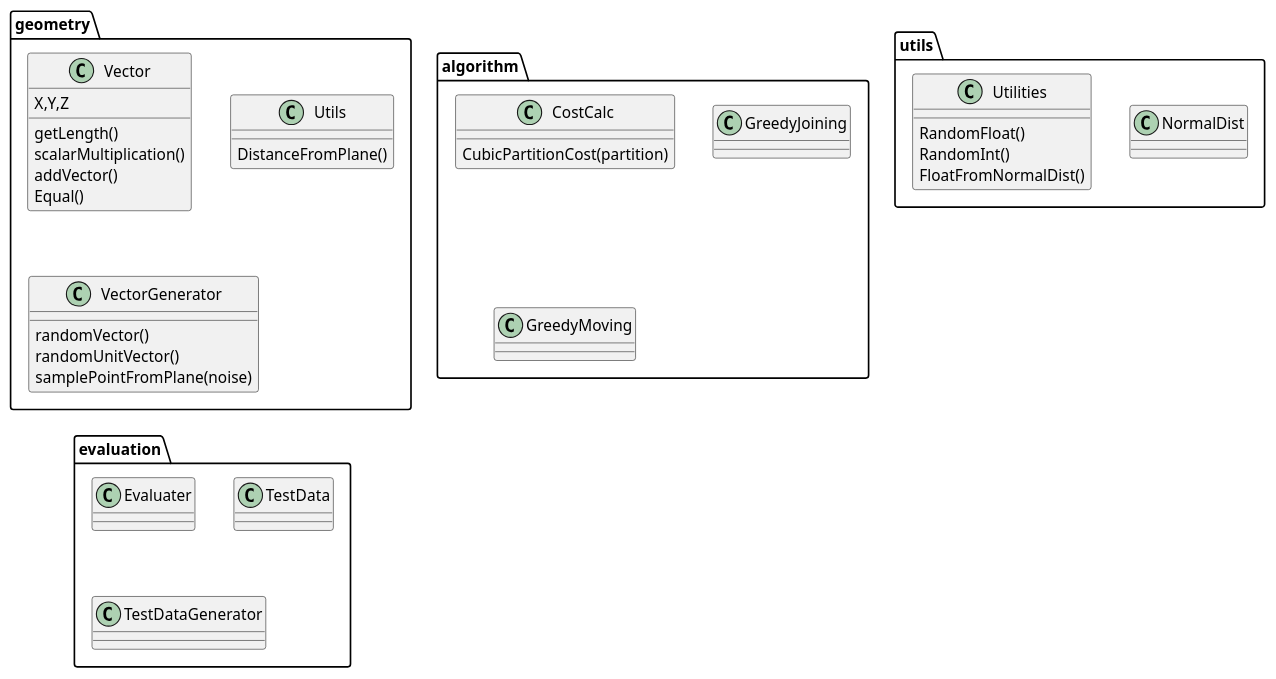
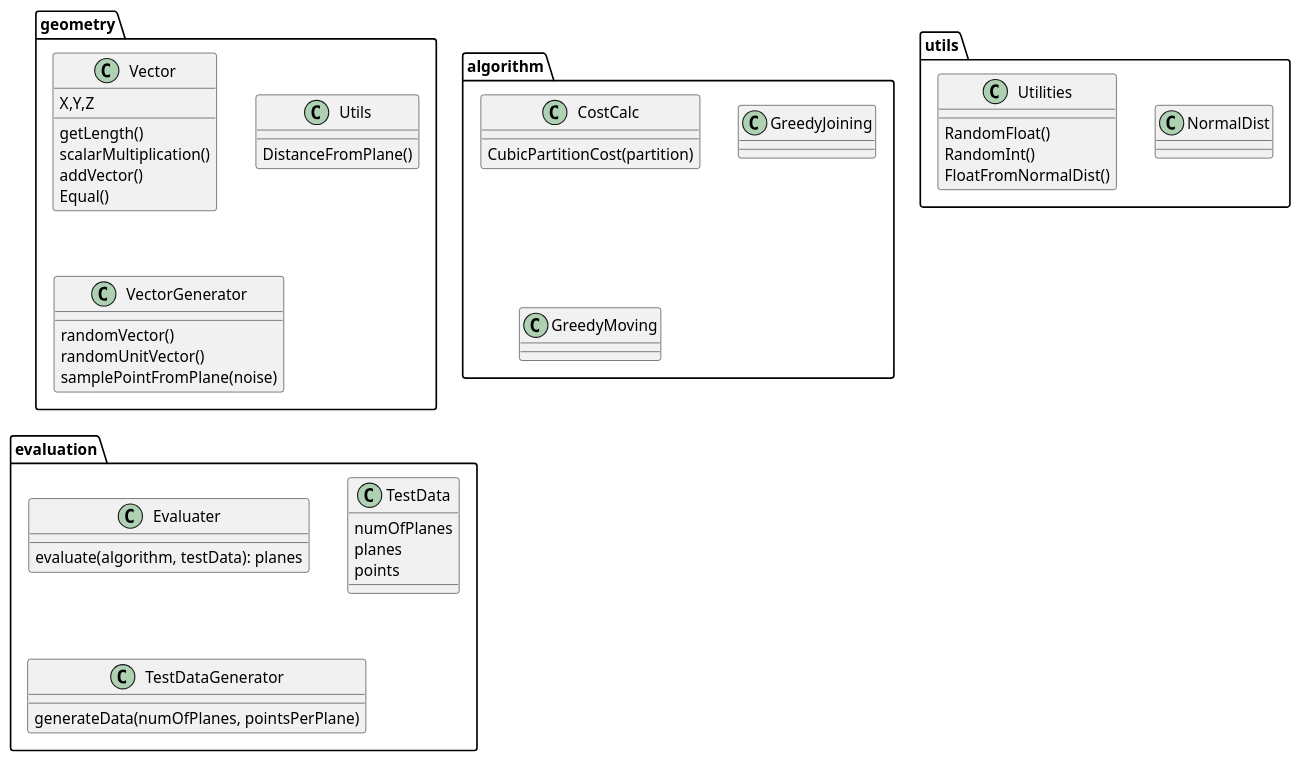
The diagram in ProjectStructure.puml (JlsBssmnn/local-search-algorithm-for-cubic-clustering), drawn with PlantUML before and after one commit. The commit also changed 6 other files, not shown here.

```diff
--- a/ProjectStructure.puml
+++ b/ProjectStructure.puml
@@ -1,60 +1,62 @@
 @startuml ScienceProject
 package geometry {
   Class Vector {
     X,Y,Z
     getLength()
     scalarMultiplication()
     addVector()
     Equal()
   }
 
   Class Utils {
     DistanceFromPlane()
   }
 
   Class VectorGenerator {
     randomVector()
     randomUnitVector()
     samplePointFromPlane(noise)
   }
 }
 
 package algorithm {
   Class CostCalc {
     CubicPartitionCost(partition)
   }
 
   Class GreedyJoining {
 
   }
 
   Class GreedyMoving {
 
   }
 }
 
 package evaluation {
   Class Evaluater {
-
+    evaluate(algorithm, testData): planes
   }
 
   Class TestData {
-
+    numOfPlanes
+    planes
+    points
   }
 
   Class TestDataGenerator {
-
+    generateData(numOfPlanes, pointsPerPlane)
   }
 }
 
 package utils {
   Class NormalDist {
   }
 
   Class Utilities {
     RandomFloat()
     RandomInt()
     FloatFromNormalDist()
   }
 }
 @enduml
```
